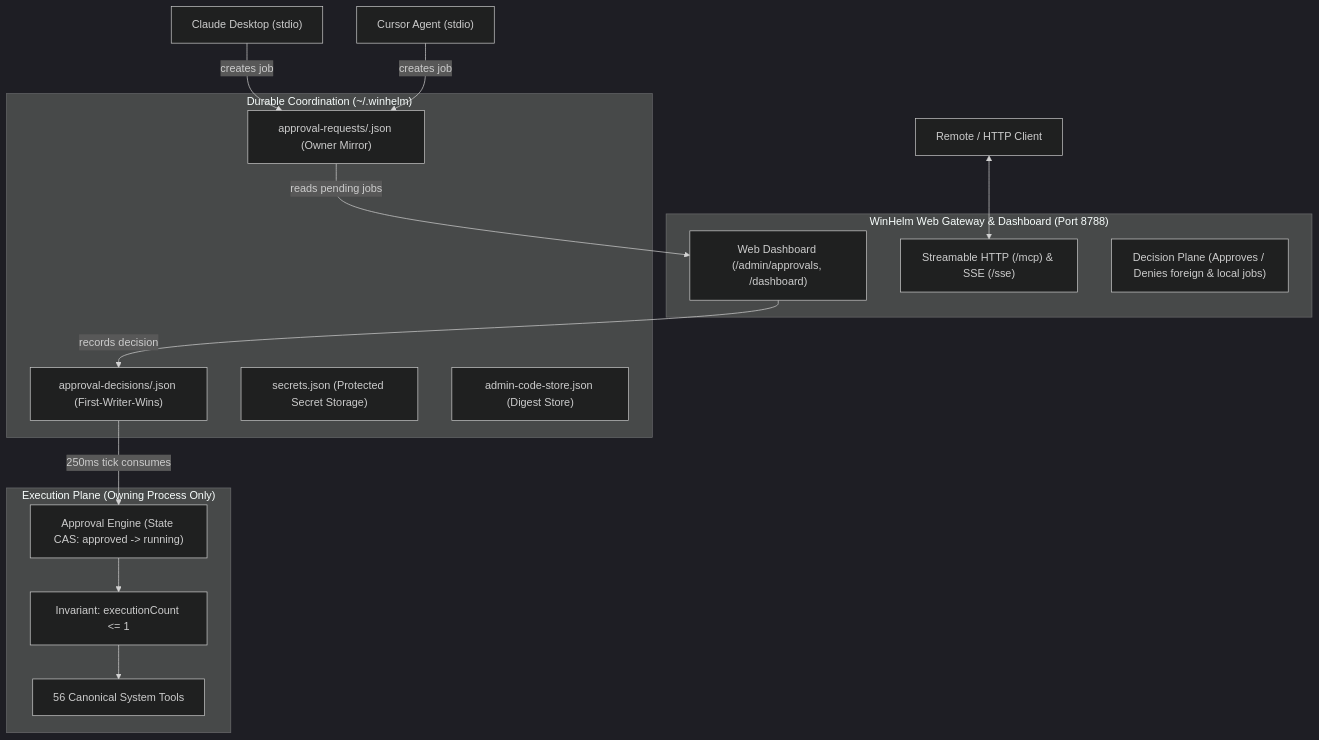
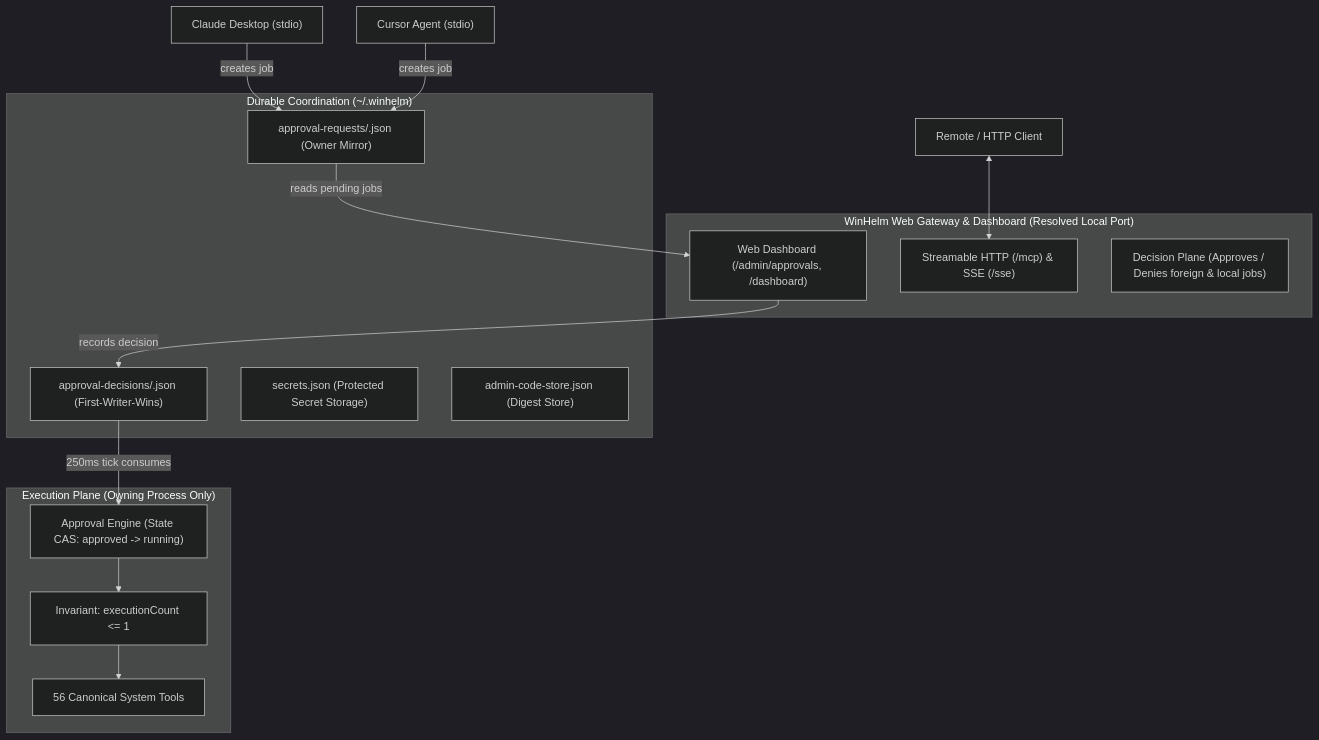
Before and after one commit to dhammawatthumpra-coder/winhelm-mcp: the diagram in README.md, drawn with Mermaid (dark theme). The commit also changed other lines of this file and 12 other files, not shown here.

Commit message:
docs: reconcile WinHelm v1.4.1 release documentation

````diff
--- a/README.md
+++ b/README.md
@@ -108,34 +109,34 @@
 ```mermaid
 flowchart TD
     Claude["Claude Desktop (stdio)"]
     Cursor["Cursor Agent (stdio)"]
     Remote["Remote / HTTP Client"]
 
     subgraph Coordination["Durable Coordination (~/.winhelm)"]
         ReqMirror["approval-requests/<jobId>.json (Owner Mirror)"]
         DecMirror["approval-decisions/<jobId>.json (First-Writer-Wins)"]
         SecStore["secrets.json (Protected Secret Storage)"]
         AdminCode["admin-code-store.json (Digest Store)"]
     end
 
-    subgraph Gateway["WinHelm Web Gateway & Dashboard (Port 8788)"]
+    subgraph Gateway["WinHelm Web Gateway & Dashboard (Resolved Local Port)"]
         Dashboard["Web Dashboard (/admin/approvals, /dashboard)"]
         HTTPGateway["Streamable HTTP (/mcp) & SSE (/sse)"]
         DecisionPlane["Decision Plane (Approves / Denies foreign & local jobs)"]
     end
 
     subgraph Execution["Execution Plane (Owning Process Only)"]
         Engine["Approval Engine (State CAS: approved -> running)"]
         ExecGuard["Invariant: executionCount <= 1"]
         Tools["56 Canonical System Tools"]
     end
 
     Claude -->|creates job| ReqMirror
     Cursor -->|creates job| ReqMirror
     Remote <--> HTTPGateway
 
     ReqMirror -->|reads pending jobs| Dashboard
     Dashboard -->|records decision| DecMirror
     DecMirror -->|250ms tick consumes| Engine
     Engine --> ExecGuard --> Tools
 ```
````
